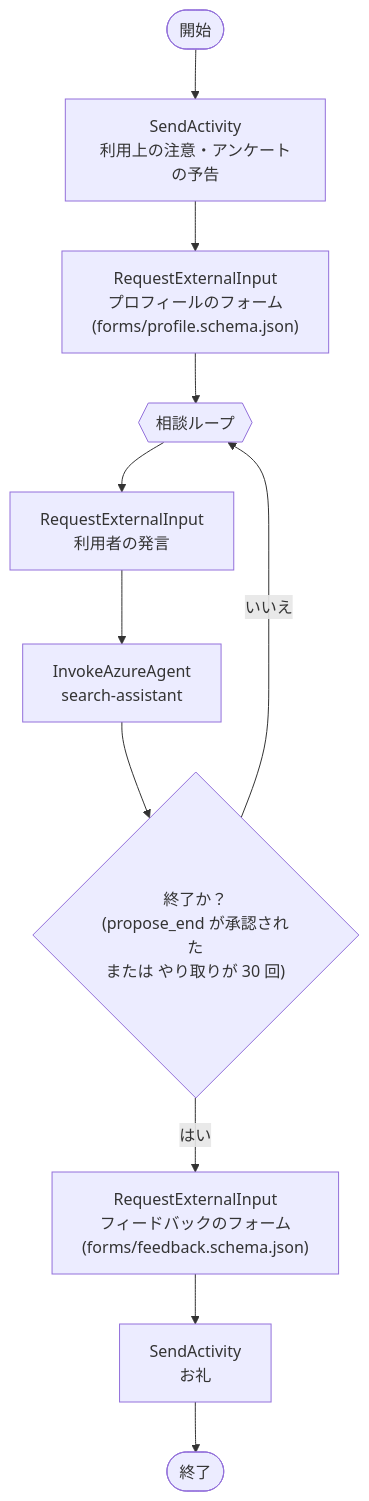
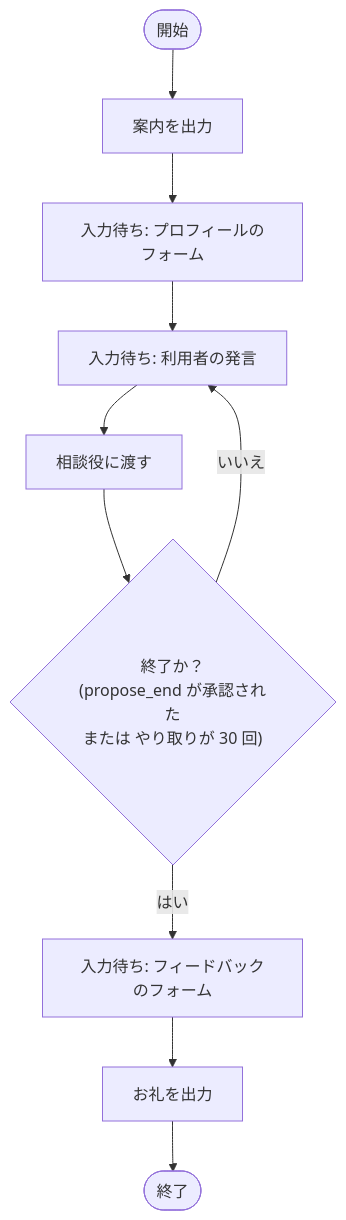
The third of 3 diagrams in docs/design.md (t13a/microsoft-foundry-hands-on), drawn with Mermaid before and after one commit. The commit also changed other lines of this file and 1 other file, not shown here.

````diff
--- a/docs/design.md
+++ b/docs/design.md
@@ -128,13 +143,12 @@
 ```mermaid
 flowchart TD
-    S([開始]) --> G["SendActivity<br/>利用上の注意・アンケートの予告"]
-    G --> P["RequestExternalInput<br/>プロフィールのフォーム<br/>(forms/profile.schema.json)"]
-    P --> L{{"相談ループ"}}
-    L --> U["RequestExternalInput<br/>利用者の発言"]
-    U --> A["InvokeAzureAgent<br/>search-assistant"]
+    S([開始]) --> G["案内を出力"]
+    G --> P["入力待ち: プロフィールのフォーム"]
+    P --> U["入力待ち: 利用者の発言"]
+    U --> A["相談役に渡す"]
     A --> C{"終了か？<br/>(propose_end が承認された<br/>または やり取りが 30 回)"}
-    C -- いいえ --> L
-    C -- はい --> F["RequestExternalInput<br/>フィードバックのフォーム<br/>(forms/feedback.schema.json)"]
-    F --> T["SendActivity<br/>お礼"]
+    C -- いいえ --> U
+    C -- はい --> F["入力待ち: フィードバックのフォーム"]
+    F --> T["お礼を出力"]
     T --> E([終了])
 ```
````
